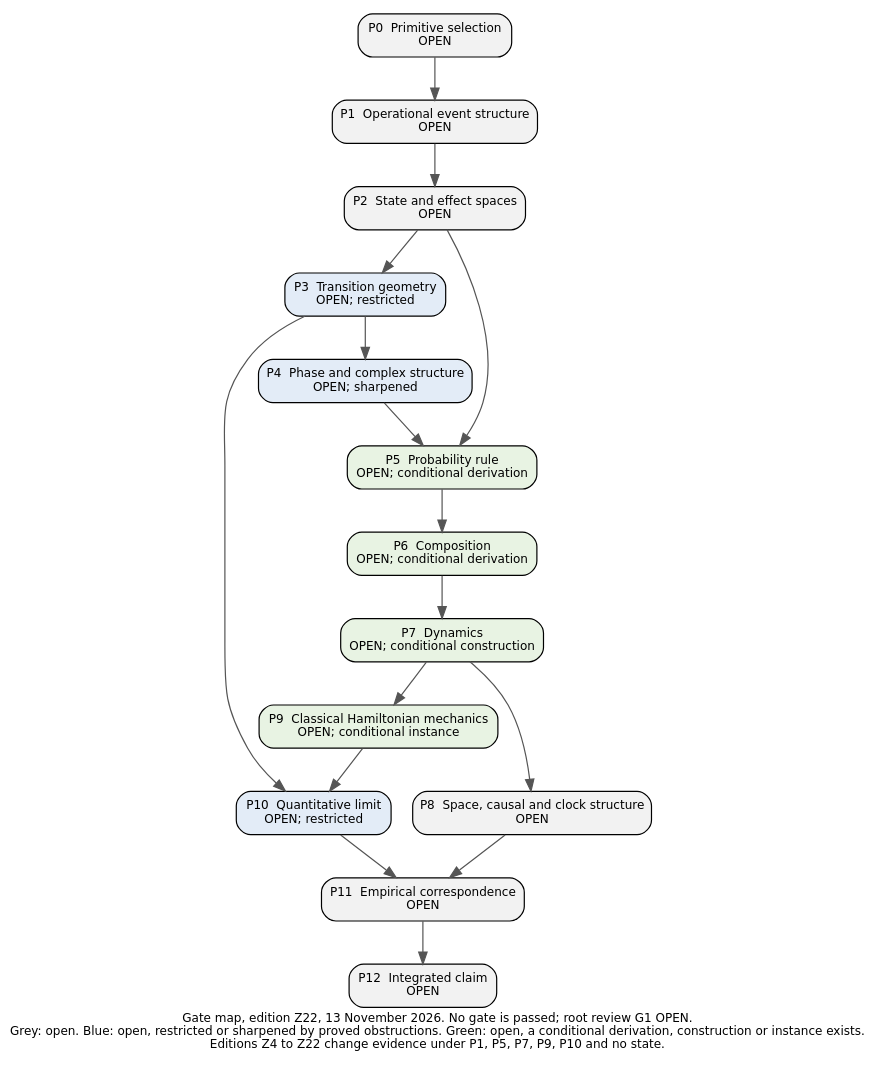
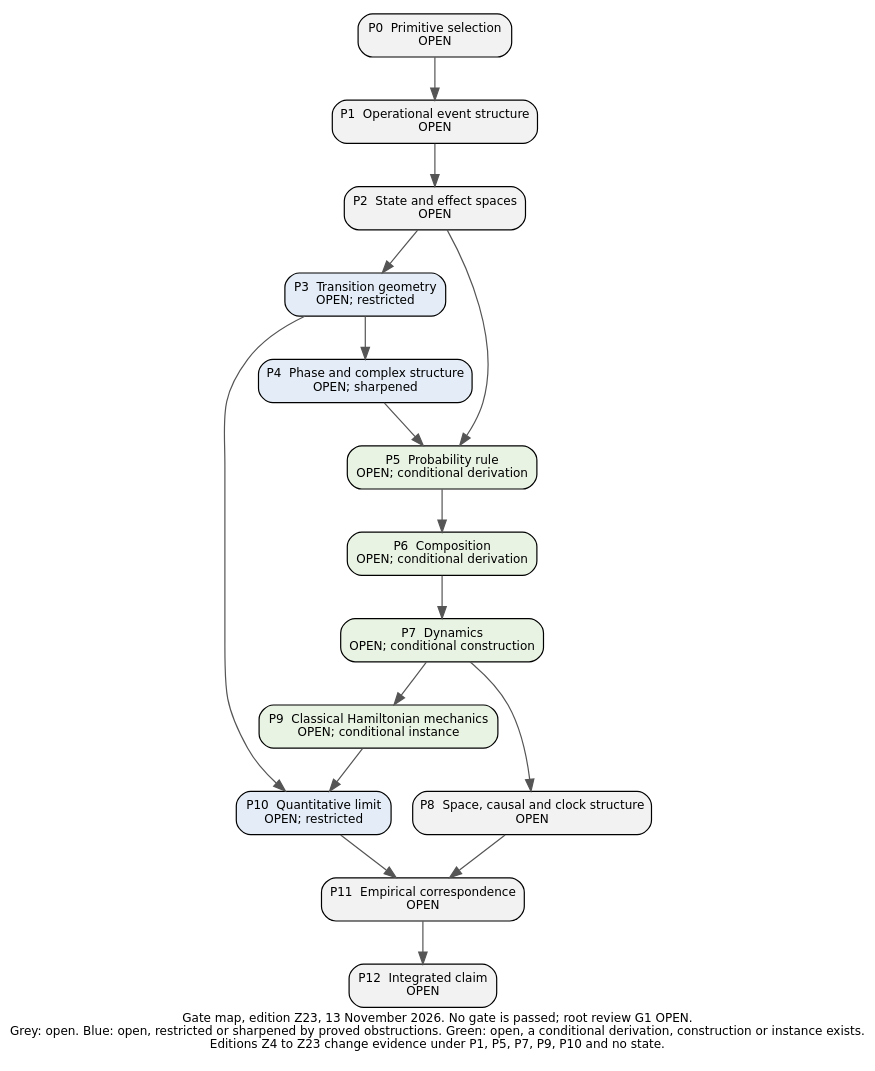
One commit to KirtusJ/From-Prephysical-Hypotheses-to-Physical-Models changed the diagram in edition/PROGRAM/figures/Gate_Map_2026-11-13.dot. Above: the diagram before and after it, drawn with Graphviz. The commit also changed 61 other files, not shown here.

```diff
--- a/edition/PROGRAM/figures/Gate_Map_2026-11-13.dot
+++ b/edition/PROGRAM/figures/Gate_Map_2026-11-13.dot
@@ -1,30 +1,30 @@
-digraph G { rankdir=TB; node [shape=box, style="filled,rounded", fontname="DejaVu Sans", fontsize=10, margin="0.12,0.07"]; edge [color="#555555"]; label="Gate map, edition Z22, 13 November 2026. No gate is passed; root review G1 OPEN.\nGrey: open. Blue: open, restricted or sharpened by proved obstructions. Green: open, a conditional derivation, construction or instance exists.\nEditions Z4 to Z22 change evidence under P1, P5, P7, P9, P10 and no state."; fontname="DejaVu Sans"; fontsize=10; labelloc=b;
+digraph G { rankdir=TB; node [shape=box, style="filled,rounded", fontname="DejaVu Sans", fontsize=10, margin="0.12,0.07"]; edge [color="#555555"]; label="Gate map, edition Z23, 13 November 2026. No gate is passed; root review G1 OPEN.\nGrey: open. Blue: open, restricted or sharpened by proved obstructions. Green: open, a conditional derivation, construction or instance exists.\nEditions Z4 to Z23 change evidence under P1, P5, P7, P9, P10 and no state."; fontname="DejaVu Sans"; fontsize=10; labelloc=b;
 P0 [label="P0  Primitive selection\nOPEN", fillcolor="#f2f2f2"];
 P1 [label="P1  Operational event structure\nOPEN", fillcolor="#f2f2f2"];
 P2 [label="P2  State and effect spaces\nOPEN", fillcolor="#f2f2f2"];
 P3 [label="P3  Transition geometry\nOPEN; restricted", fillcolor="#e3ecf7"];
 P4 [label="P4  Phase and complex structure\nOPEN; sharpened", fillcolor="#e3ecf7"];
 P5 [label="P5  Probability rule\nOPEN; conditional derivation", fillcolor="#e8f3e3"];
 P6 [label="P6  Composition\nOPEN; conditional derivation", fillcolor="#e8f3e3"];
 P7 [label="P7  Dynamics\nOPEN; conditional construction", fillcolor="#e8f3e3"];
 P8 [label="P8  Space, causal and clock structure\nOPEN", fillcolor="#f2f2f2"];
 P9 [label="P9  Classical Hamiltonian mechanics\nOPEN; conditional instance", fillcolor="#e8f3e3"];
 P10 [label="P10  Quantitative limit\nOPEN; restricted", fillcolor="#e3ecf7"];
 P11 [label="P11  Empirical correspondence\nOPEN", fillcolor="#f2f2f2"];
 P12 [label="P12  Integrated claim\nOPEN", fillcolor="#f2f2f2"];
 P0 -> P1;
 P1 -> P2;
 P2 -> P3;
 P3 -> P4;
 P2 -> P5;
 P4 -> P5;
 P5 -> P6;
 P6 -> P7;
 P7 -> P8;
 P7 -> P9;
 P3 -> P10;
 P9 -> P10;
 P8 -> P11;
 P10 -> P11;
 P11 -> P12;
 }
```
